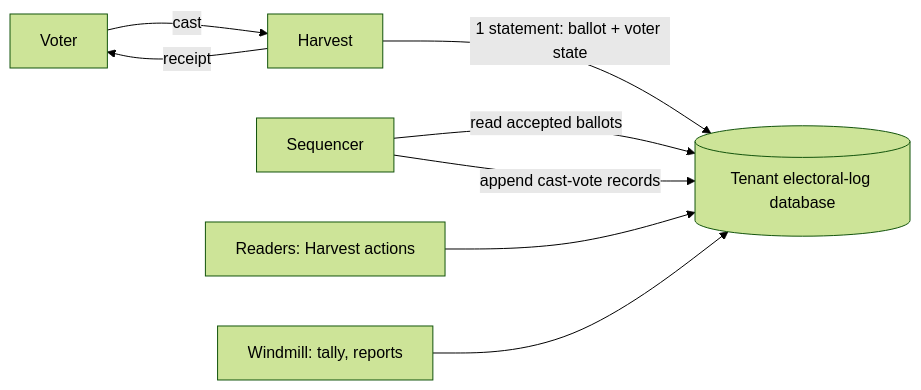
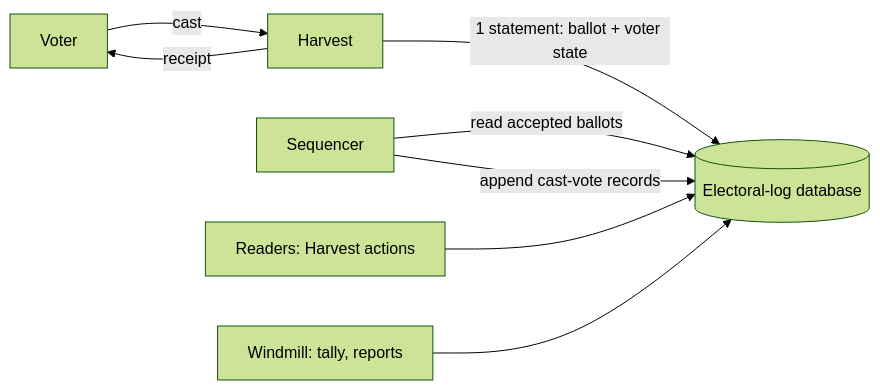
Before and after one commit to sequentech/step: the diagram in docs/docusaurus/docs/07-developers/13-electoral-log/03-electoral-log-ballot-box.md, drawn with Mermaid (forest theme). The commit also changed other lines of this file and 49 other files, not shown here.

First line of the commit message:
Keep the electoral log in one database and let the super-admin tenant query it

````diff
--- a/docs/docusaurus/docs/07-developers/13-electoral-log/03-electoral-log-ballot-box.md
+++ b/docs/docusaurus/docs/07-developers/13-electoral-log/03-electoral-log-ballot-box.md
@@ -37,10 +36,10 @@
 ```mermaid
 flowchart LR
     V[Voter] -->|cast| H[Harvest]
-    H -->|1 statement: ballot + voter state| T[(Tenant electoral-log database)]
+    H -->|1 statement: ballot + voter state| T[(Electoral-log database)]
     H -->|receipt| V
     S[Sequencer] -->|read accepted ballots| T
     S -->|append cast-vote records| T
     R[Readers: Harvest actions] --> T
     W[Windmill: tally, reports] --> T
 ```
````
